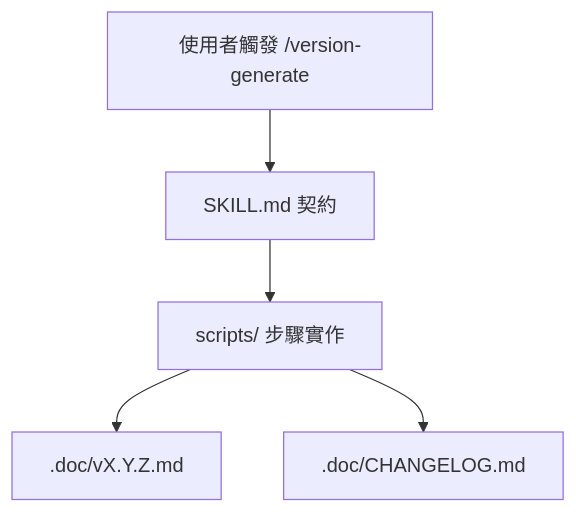
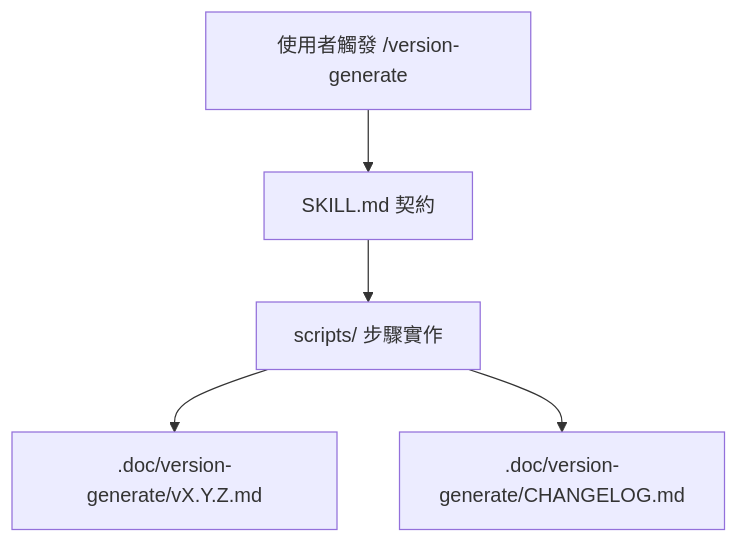
The diagram in doc/README.zh.md (pardnio/skill-version-generate), drawn with Mermaid before and after one commit. The commit also changed other lines of this file and 9 other files, not shown here.

````diff
--- a/doc/README.zh.md
+++ b/doc/README.zh.md
@@ -46,7 +46,7 @@
 ```mermaid
 graph TB
     A[使用者觸發 /version-generate] --> B[SKILL.md 契約]
     B --> C[scripts/ 步驟實作]
-    C --> D[.doc/vX.Y.Z.md]
-    C --> E[.doc/CHANGELOG.md]
+    C --> D[.doc/version-generate/vX.Y.Z.md]
+    C --> E[.doc/version-generate/CHANGELOG.md]
 ```
````
